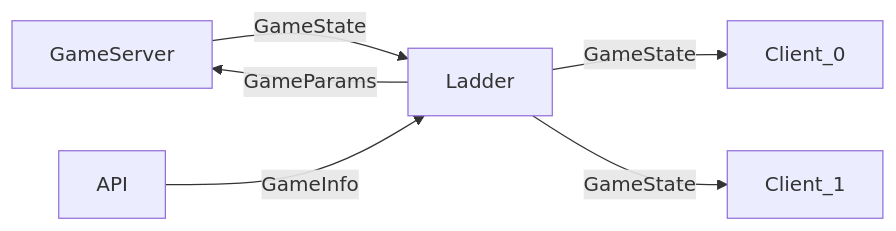
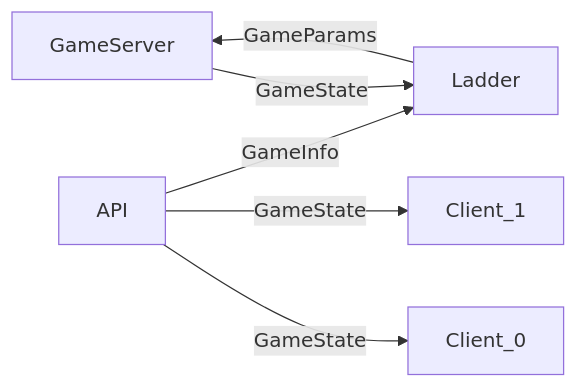
One commit to pickles976/ai-arena-ladder changed the diagram in multiplayer/readme.md. Above: the diagram before and after it, drawn with Mermaid.

````diff
--- a/multiplayer/readme.md
+++ b/multiplayer/readme.md
@@ -23,8 +23,8 @@
 ```mermaid
 graph LR;
     GameServer-->|GameState|Ladder;
     Ladder-->|GameParams|GameServer;
-    Ladder-->|GameState|Client_0;
-    Ladder-->|GameState|Client_1;
+    API-->|GameState|Client_0;
+    API-->|GameState|Client_1;
     API-->|GameInfo|Ladder;
 ```
````
